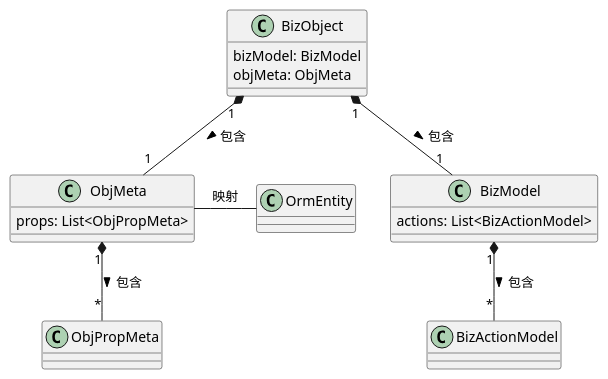
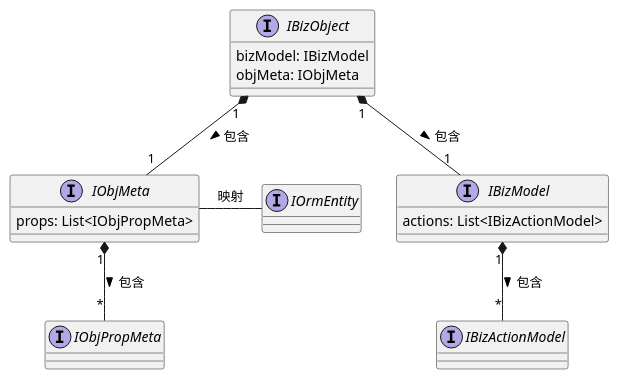
One commit to crazydan-studio/nop.crazydan.io changed the first of 6 diagrams in docs/500.manual/100.xmeta.md. Above: the diagram before and after it, drawn with PlantUML. The commit also changed 14 other files, not shown here.

````diff
--- a/docs/500.manual/100.xmeta.md
+++ b/docs/500.manual/100.xmeta.md
@@ -20,31 +20,31 @@
 ```plantuml
-class "BizObject" as biz_obj {
-  bizModel: BizModel
-  objMeta: ObjMeta
+interface "IBizObject" as biz_obj {
+  bizModel: IBizModel
+  objMeta: IObjMeta
 }
 
-class "BizModel" as biz_model {
-  actions: List<BizActionModel>
+interface "IBizModel" as biz_model {
+  actions: List<IBizActionModel>
 }
 
-class "BizActionModel" as biz_action {
+interface "IBizActionModel" as biz_action {
 }
 
-class "ObjMeta" as obj_meta {
-  props: List<ObjPropMeta>
+interface "IObjMeta" as obj_meta {
+  props: List<IObjPropMeta>
 }
 
-class "ObjPropMeta" as obj_prop_meta {
+interface "IObjPropMeta" as obj_prop_meta {
 }
 
-class "OrmEntity" as orm_entity {
+interface "IOrmEntity" as orm_entity {
 }
 
 biz_obj "1" *-- "1" biz_model: 包含 >
 biz_obj "1" *-- "1" obj_meta: 包含 >
 
 biz_model "1" *-- "*" biz_action: 包含 >
 obj_meta "1" *-- "*" obj_prop_meta: 包含 >
 
 obj_meta -right- orm_entity: 映射
 ```
````
